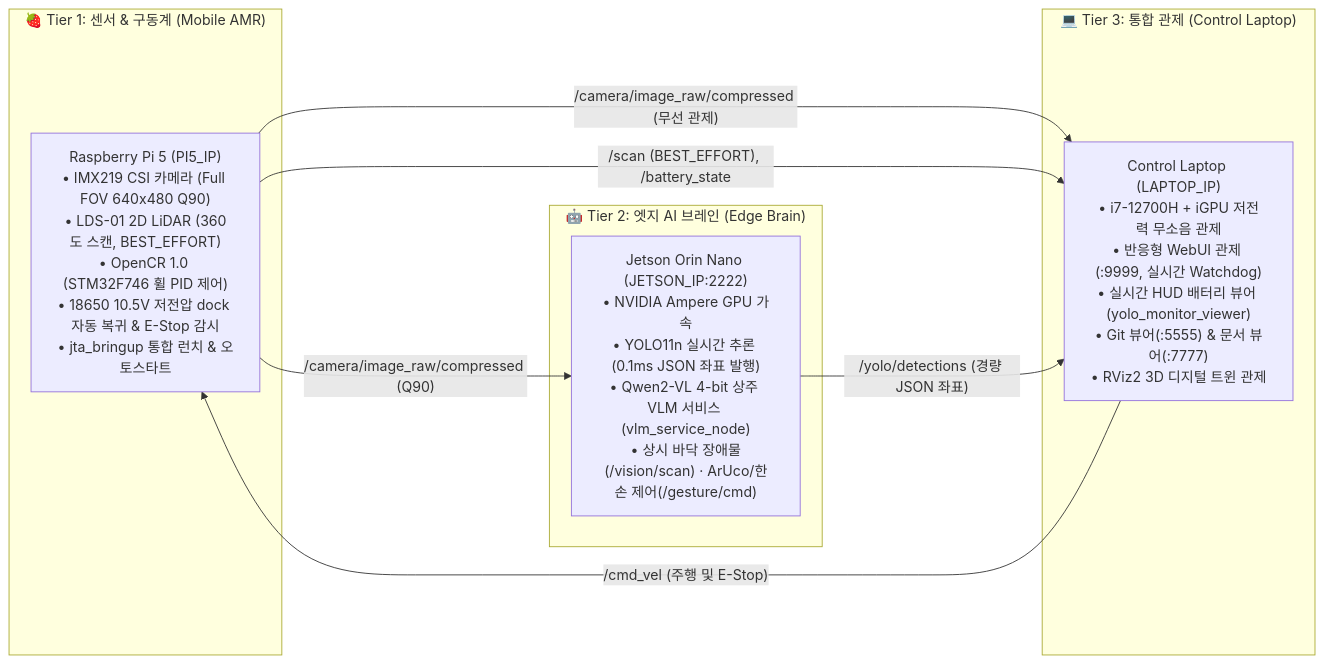
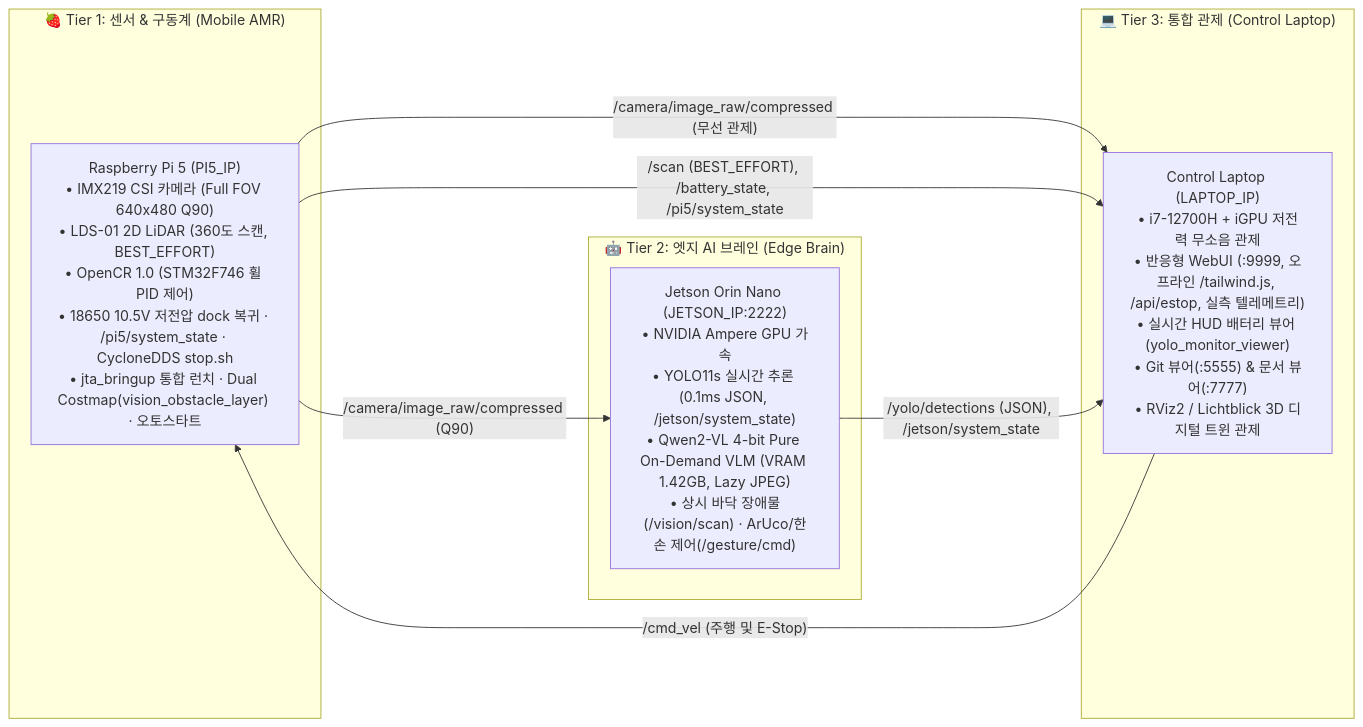
One commit to woongzun999-debug/ros2_JTA changed the diagram in README.md. Above: the diagram before and after it, drawn with Mermaid. The commit also changed other lines of this file and 32 other files, not shown here.

````diff
--- a/README.md
+++ b/README.md
@@ -10,20 +10,20 @@
 ```mermaid
 flowchart LR
     subgraph Tier1["🍓 Tier 1: 센서 & 구동계 (Mobile AMR)"]
-        RPi5["Raspberry Pi 5 (PI5_IP)<br>• IMX219 CSI 카메라 (Full FOV 640x480 Q90)<br>• LDS-01 2D LiDAR (360도 스캔, BEST_EFFORT)<br>• OpenCR 1.0 (STM32F746 휠 PID 제어)<br>• 18650 10.5V 저전압 dock 자동 복귀 & E-Stop 감시<br>• jta_bringup 통합 런치 & 오토스타트"]
+        RPi5["Raspberry Pi 5 (PI5_IP)<br>• IMX219 CSI 카메라 (Full FOV 640x480 Q90)<br>• LDS-01 2D LiDAR (360도 스캔, BEST_EFFORT)<br>• OpenCR 1.0 (STM32F746 휠 PID 제어)<br>• 18650 10.5V 저전압 dock 복귀 · /pi5/system_state · CycloneDDS stop.sh<br>• jta_bringup 통합 런치 · Dual Costmap(vision_obstacle_layer) · 오토스타트"]
     end
 
     subgraph Tier2["🤖 Tier 2: 엣지 AI 브레인 (Edge Brain)"]
-        Jetson["Jetson Orin Nano (JETSON_IP:2222)<br>• NVIDIA Ampere GPU 가속<br>• YOLO11n 실시간 추론 (0.1ms JSON 좌표 발행)<br>• Qwen2-VL 4-bit 상주 VLM 서비스 (vlm_service_node)<br>• 상시 바닥 장애물(/vision/scan) · ArUco/한손 제어(/gesture/cmd)"]
+        Jetson["Jetson Orin Nano (JETSON_IP:2222)<br>• NVIDIA Ampere GPU 가속<br>• YOLO11s 실시간 추론 (0.1ms JSON, /jetson/system_state)<br>• Qwen2-VL 4-bit Pure On-Demand VLM (VRAM 1.42GB, Lazy JPEG)<br>• 상시 바닥 장애물(/vision/scan) · ArUco/한손 제어(/gesture/cmd)"]
     end
 
     subgraph Tier3["💻 Tier 3: 통합 관제 (Control Laptop)"]
-        Laptop["Control Laptop (LAPTOP_IP)<br>• i7-12700H + iGPU 저전력 무소음 관제<br>• 반응형 WebUI 관제 (:9999, 실시간 Watchdog)<br>• 실시간 HUD 배터리 뷰어 (yolo_monitor_viewer)<br>• Git 뷰어(:5555) & 문서 뷰어(:7777)<br>• RViz2 3D 디지털 트윈 관제"]
+        Laptop["Control Laptop (LAPTOP_IP)<br>• i7-12700H + iGPU 저전력 무소음 관제<br>• 반응형 WebUI (:9999, 오프라인 /tailwind.js, /api/estop, 실측 텔레메트리)<br>• 실시간 HUD 배터리 뷰어 (yolo_monitor_viewer)<br>• Git 뷰어(:5555) & 문서 뷰어(:7777)<br>• RViz2 / Lichtblick 3D 디지털 트윈 관제"]
     end
 
     RPi5 -- "/camera/image_raw/compressed (Q90)" --> Jetson
     RPi5 -- "/camera/image_raw/compressed (무선 관제)" --> Laptop
-    RPi5 -- "/scan (BEST_EFFORT), /battery_state" --> Laptop
-    Jetson -- "/yolo/detections (경량 JSON 좌표)" --> Laptop
+    RPi5 -- "/scan (BEST_EFFORT), /battery_state, /pi5/system_state" --> Laptop
+    Jetson -- "/yolo/detections (JSON), /jetson/system_state" --> Laptop
     Laptop -- "/cmd_vel (주행 및 E-Stop)" --> RPi5
 ```
````
